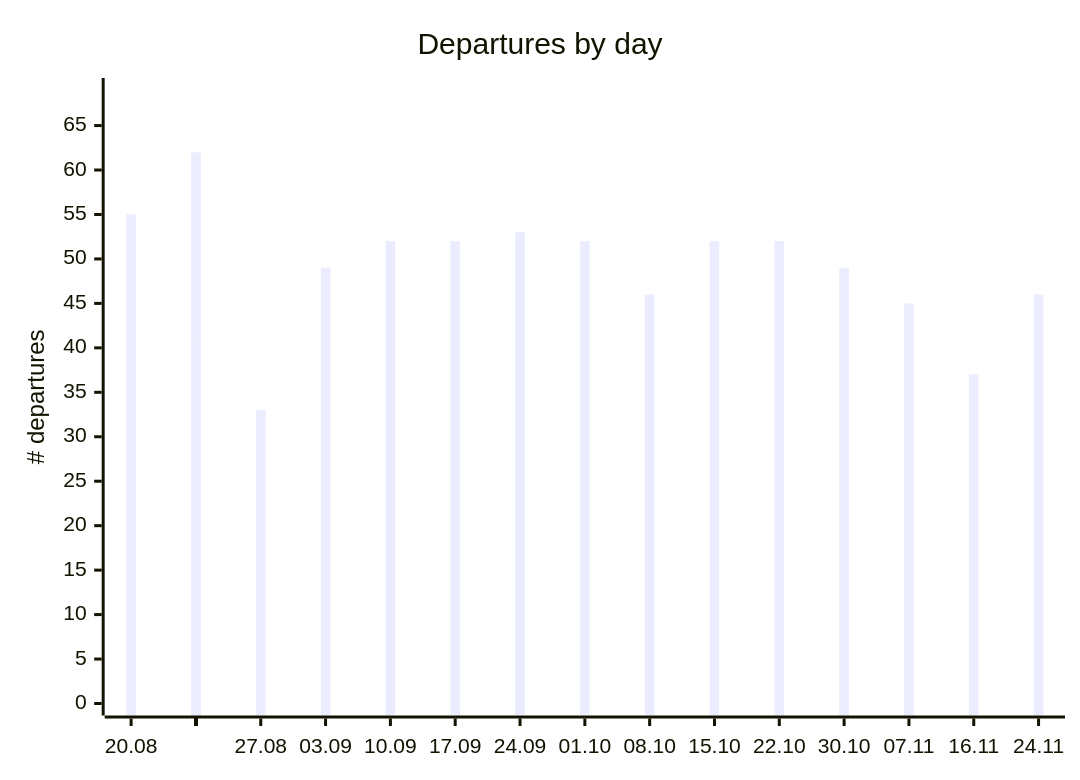
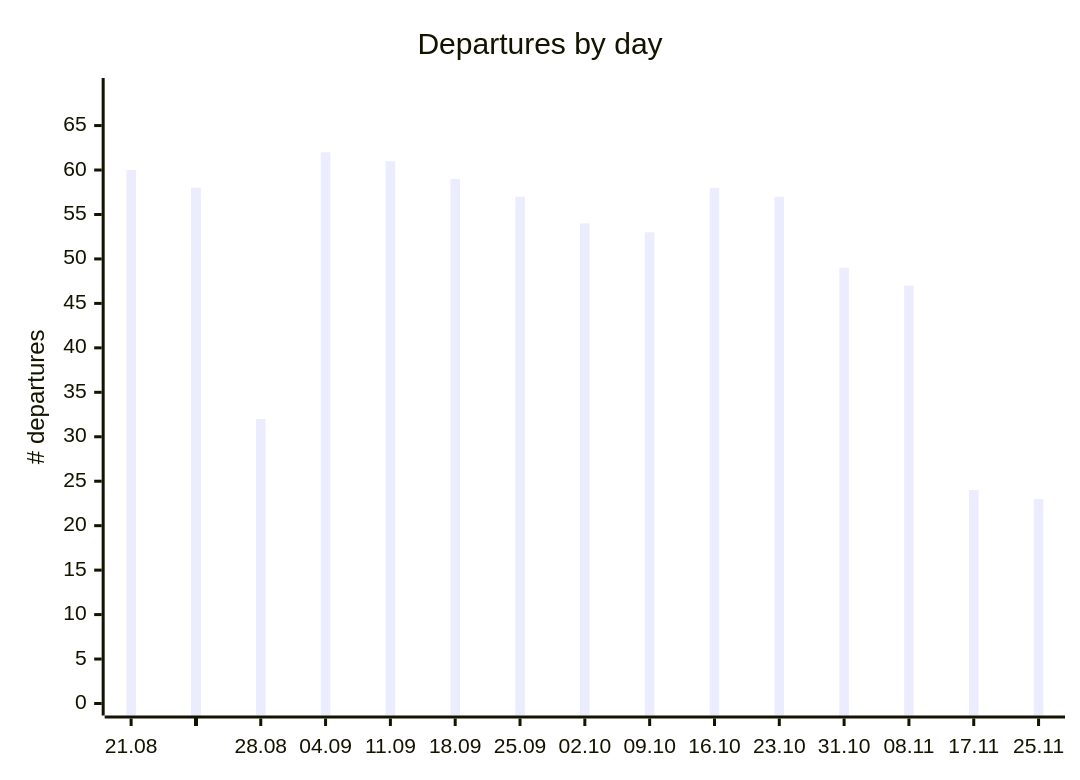
The first of 2 diagrams in README.md (rainermesi/tll-airport-departures), drawn with Mermaid before and after one commit. The commit also changed other lines of this file and 3 other files, not shown here.

````diff
--- a/README.md
+++ b/README.md
@@ -65,12 +65,12 @@
 ```mermaid
 ---
 xyChart:
     xAxis:
       labelFontSize: 8
 ---
 xychart-beta
     title "Departures by day"
-    x-axis ["20.08", " ", " ", " ", " ", " ", " ", "27.08", " ", " ", " ", " ", " ", " ", "03.09", " ", " ", " ", " ", " ", " ", "10.09", " ", " ", " ", " ", " ", " ", "17.09", " ", " ", " ", " ", " ", " ", "24.09", " ", " ", " ", " ", " ", " ", "01.10", " ", " ", " ", " ", " ", " ", "08.10", " ", " ", " ", " ", " ", " ", "15.10", " ", " ", " ", " ", " ", " ", "22.10", " ", " ", " ", " ", " ", " ", "30.10", " ", " ", " ", " ", " ", " ", "07.11", " ", " ", " ", " ", " ", " ", "16.11", " ", " ", " ", " ", "24.11"]
+    x-axis ["21.08", " ", " ", " ", " ", " ", " ", "28.08", " ", " ", " ", " ", " ", " ", "04.09", " ", " ", " ", " ", " ", " ", "11.09", " ", " ", " ", " ", " ", " ", "18.09", " ", " ", " ", " ", " ", " ", "25.09", " ", " ", " ", " ", " ", " ", "02.10", " ", " ", " ", " ", " ", " ", "09.10", " ", " ", " ", " ", " ", " ", "16.10", " ", " ", " ", " ", " ", " ", "23.10", " ", " ", " ", " ", " ", " ", "31.10", " ", " ", " ", " ", " ", " ", "08.11", " ", " ", " ", " ", " ", " ", "17.11", " ", " ", " ", " ", "25.11"]
     y-axis "# departures" 0 --> 69
-    bar [55, 60, 43, 58, 58, 48, 54, 33, 32, 34, 52, 54, 45, 54, 49, 62, 42, 56, 57, 48, 53, 52, 61, 44, 54, 56, 47, 51, 52, 59, 43, 52, 55, 46, 51, 53, 57, 40, 48, 54, 42, 46, 52, 54, 40, 48, 50, 36, 45, 46, 53, 35, 49, 50, 34, 46, 52, 58, 44, 55, 56, 46, 48, 52, 57, 46, 50, 46, 51, 27, 49, 49, 50, 44, 20, 43, 24, 45, 47, 38, 20, 23, 41, 22, 37, 24, 41, 21, 30, 46]
+    bar [60, 43, 58, 58, 48, 54, 33, 32, 34, 52, 54, 45, 54, 49, 62, 42, 56, 57, 48, 53, 52, 61, 44, 54, 56, 47, 51, 52, 59, 43, 52, 55, 46, 51, 53, 57, 40, 48, 54, 42, 46, 52, 54, 40, 48, 50, 36, 45, 46, 53, 35, 49, 50, 34, 46, 52, 58, 44, 55, 56, 46, 48, 52, 57, 46, 50, 46, 51, 27, 49, 49, 50, 44, 20, 43, 24, 45, 47, 38, 20, 23, 41, 22, 37, 24, 41, 21, 30, 46, 23]
 ```
````
